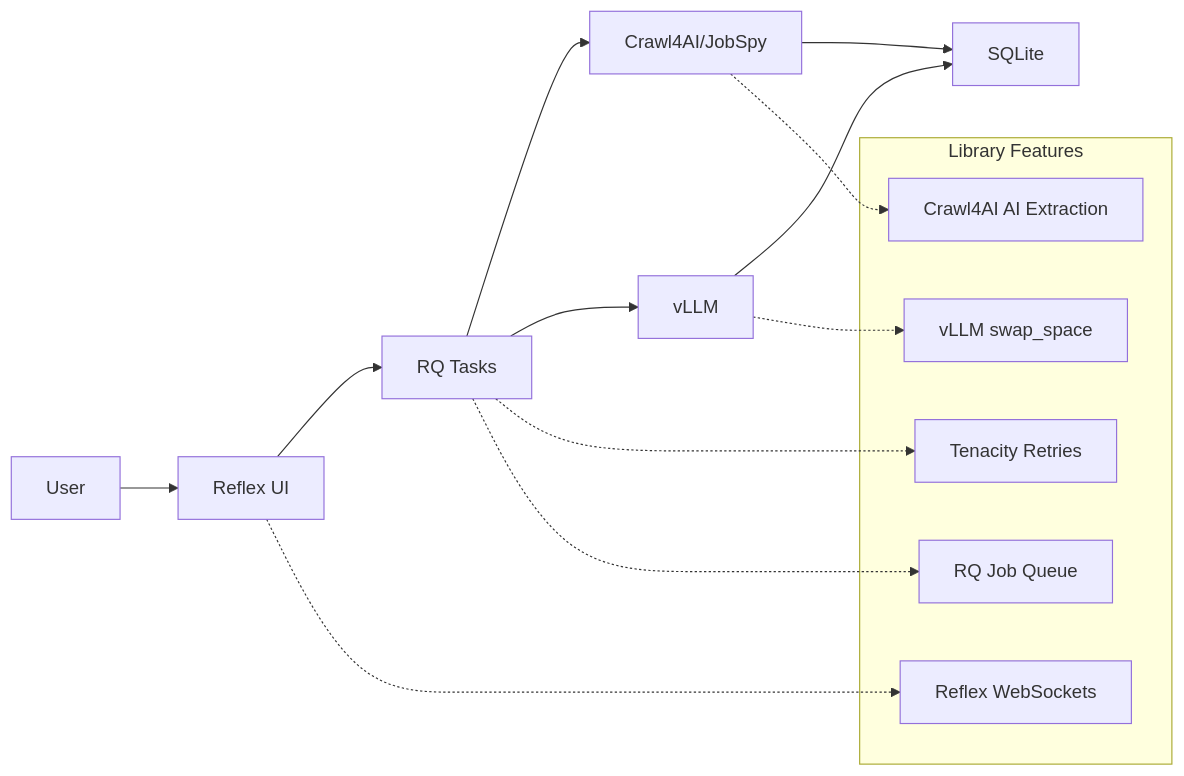
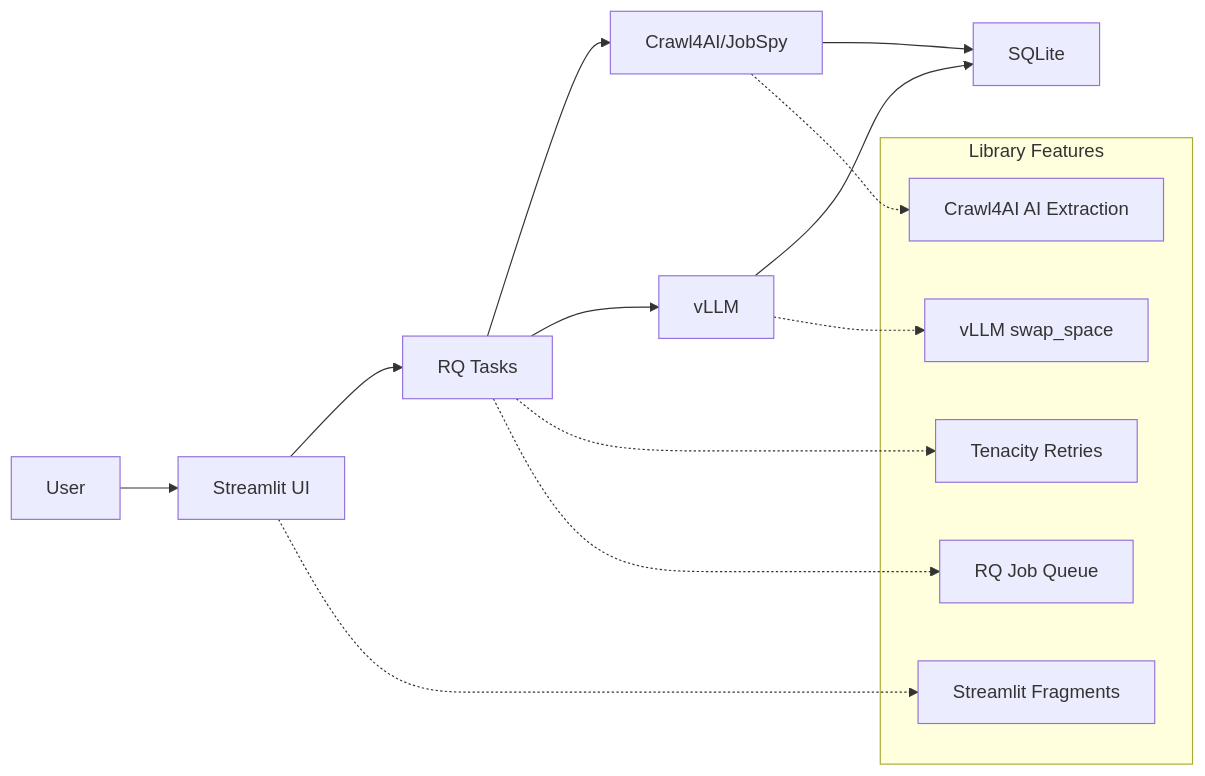
The diagram in docs/adrs/ADR-001-library-first-architecture.md (BjornMelin/ai-job-scraper), drawn with Mermaid before and after one commit. The commit also changed other lines of this file and 5 other files, not shown here.

First line of the commit message:
docs: update .gitignore and ADRs for architecture clarity

````diff
--- a/docs/adrs/ADR-001-library-first-architecture.md
+++ b/docs/adrs/ADR-001-library-first-architecture.md
@@ -144,23 +147,23 @@
 ```mermaid
 graph LR
-    A[User] --> B[Reflex UI]
+    A[User] --> B[Streamlit UI]
     B --> C[RQ Tasks]
     C --> D[Crawl4AI/JobSpy]
     C --> E[vLLM]
     E --> F[SQLite]
     D --> F
     
     subgraph "Library Features"
         G[vLLM swap_space]
-        H[Reflex WebSockets]
+        H[Streamlit Fragments]
         I[Tenacity Retries]
         J[RQ Job Queue]
         K[Crawl4AI AI Extraction]
     end
     
     E -.-> G
     B -.-> H
     C -.-> I
     C -.-> J
     D -.-> K
 ```
````
